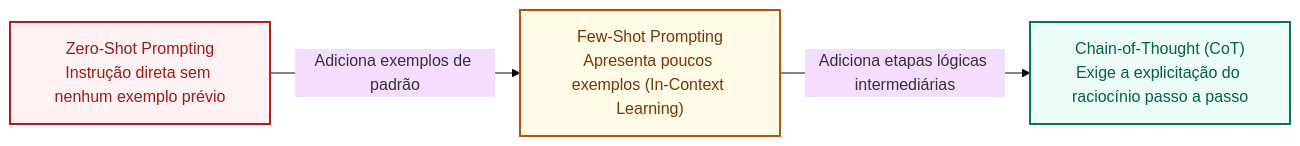
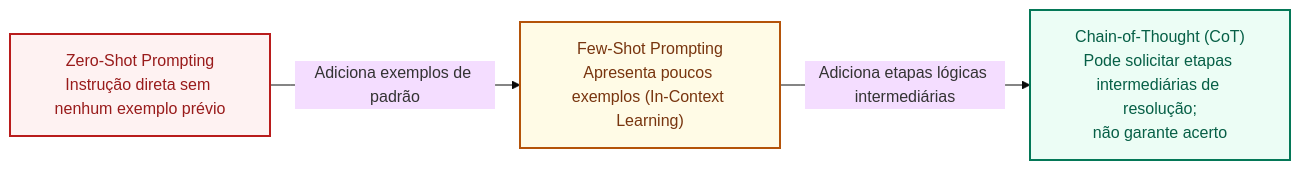
Before and after one commit to leorruas/concursos: the second of 3 diagrams in 3 - Materias/Informatica/22 - engenharia de prompts estrutura tecnicas e avaliacao.md, drawn with Mermaid (base theme). The commit also changed other lines of this file, not shown here.

````diff
--- a/3 - Materias/Informatica/22 - engenharia de prompts estrutura tecnicas e avaliacao.md
+++ b/3 - Materias/Informatica/22 - engenharia de prompts estrutura tecnicas e avaliacao.md
@@ -63,13 +63,13 @@
 ```mermaid
 flowchart LR
     classDef zero fill:#fef2f2,stroke:#b91c1c,stroke-width:2px,color:#991b1b;
     classDef few fill:#fffbe6,stroke:#b45309,stroke-width:2px,color:#78350f;
     classDef cot fill:#ecfdf5,stroke:#047857,stroke-width:2px,color:#065f46;
 
     Z["Zero-Shot Prompting<br>Instrução direta sem nenhum exemplo prévio"]:::zero
     F["Few-Shot Prompting<br>Apresenta poucos exemplos (In-Context Learning)"]:::few
-    C["Chain-of-Thought (CoT)<br>Exige a explicitação do raciocínio passo a passo"]:::cot
+    C["Chain-of-Thought (CoT)<br>Pode solicitar etapas intermediárias de resolução;<br>não garante acerto"]:::cot
 
     Z -->|"Adiciona exemplos de padrão"| F
     F -->|"Adiciona etapas lógicas intermediárias"| C
 ```
````
